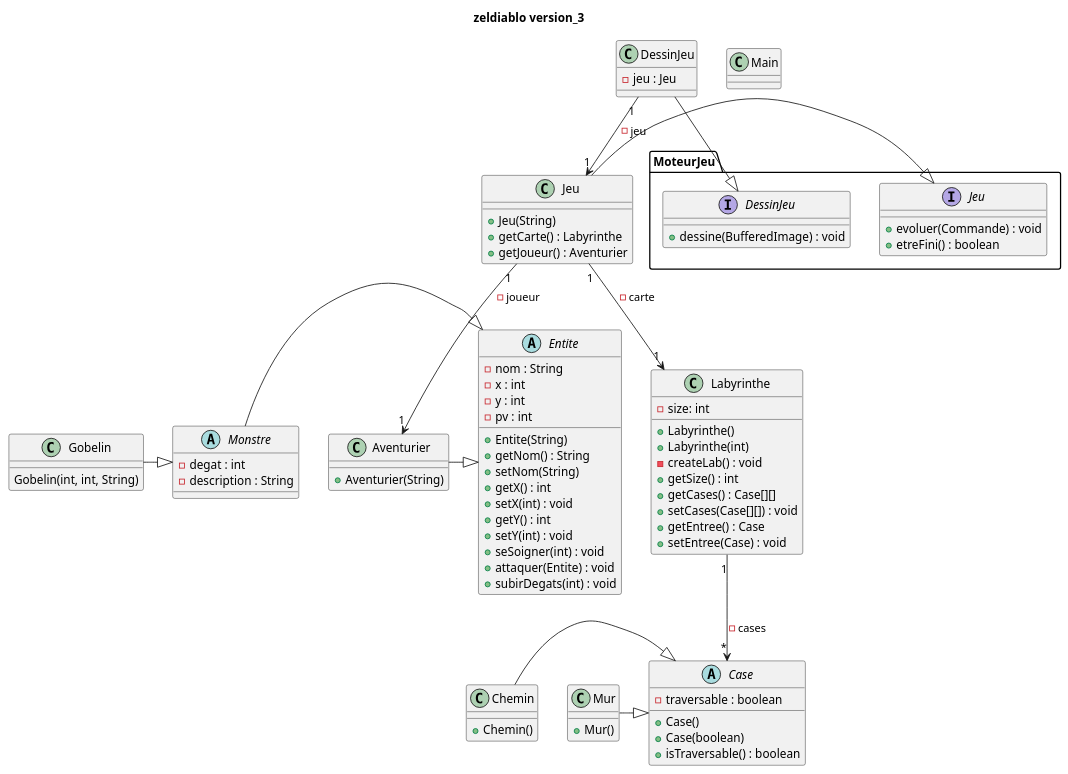
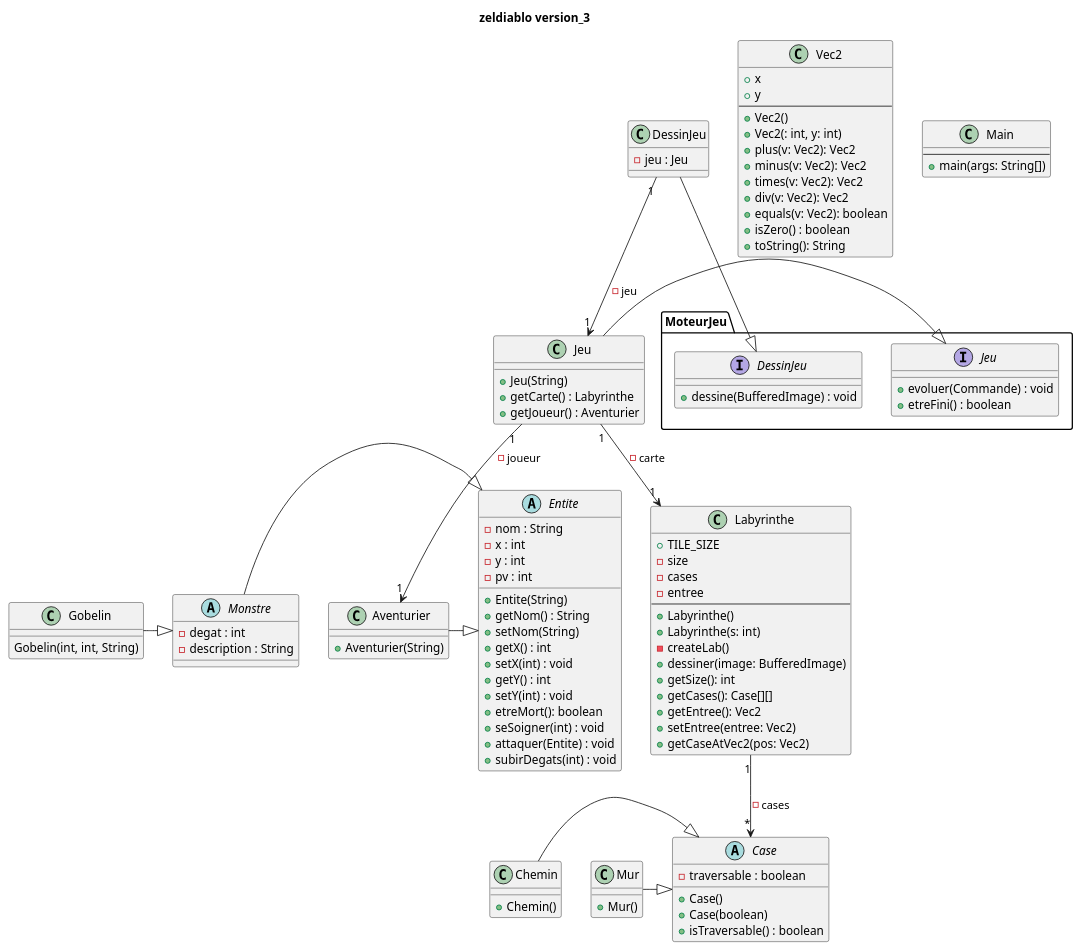
Before and after one commit to toxicbloud/Zeldiablo: the diagram in documents/version_3/diagramme_classe_version_3.puml, drawn with PlantUML. The commit also changed 2 other files, not shown here.

Commit message:
ajout de classes dans l'uml

```diff
--- a/documents/version_3/diagramme_classe_version_3.puml
+++ b/documents/version_3/diagramme_classe_version_3.puml
@@ -1,108 +1,128 @@
 @startuml
 title zeldiablo version_3
 
 class Jeu{
 
     + Jeu(String)
     + getCarte() : Labyrinthe
     + getJoueur() : Aventurier
 }
 
 abstract class Case{
     - traversable : boolean
     + Case()
     + Case(boolean)
     + isTraversable() : boolean
 }
 
 class Chemin{
 
     + Chemin()
 }
 
 class Mur{
 
     + Mur()
 }
 
-class Labyrinthe{
+class Labyrinthe {
+    + TILE_SIZE
+    - size
+    - cases
+    - entree
+    --
+    + Labyrinthe()
+    + Labyrinthe(s: int)
+    - createLab()
+    + dessiner(image: BufferedImage)
+    + getSize(): int
+    + getCases(): Case[][]
+    + getEntree(): Vec2
+    + setEntree(entree: Vec2)
+    + getCaseAtVec2(pos: Vec2)
+}
 
-    - size: int
-
-    + Labyrinthe()
-    + Labyrinthe(int)
-    - createLab() : void
-    + getSize() : int
-    + getCases() : Case[][]
-    + setCases(Case[][]) : void
-    + getEntree() : Case
-    + setEntree(Case) : void
+class Vec2 {
+    + x
+    + y
+    --
+    + Vec2()
+    + Vec2(: int, y: int)
+    + plus(v: Vec2): Vec2
+    + minus(v: Vec2): Vec2
+    + times(v: Vec2): Vec2
+    + div(v: Vec2): Vec2
+    + equals(v: Vec2): boolean
+    + isZero() : boolean
+    + toString(): String
 }
 
 
 
 abstract class Entite{
 
     - nom : String
     - x : int
     - y : int
     - pv : int
 
     + Entite(String)
     + getNom() : String
     + setNom(String)
     + getX() : int
     + setX(int) : void
     + getY() : int
     + setY(int) : void
+    + etreMort(): boolean
     + seSoigner(int) : void
     + attaquer(Entite) : void
     + subirDegats(int) : void
 
 }
 
 abstract Monstre{
     - degat : int
     - description : String
 
 }
 
 class Gobelin{
 
     Gobelin(int, int, String)
 }
 
 class Aventurier{
     + Aventurier(String)
 }
 
 class DessinJeu{
     - jeu : Jeu
 }
 
 class Main{
-
+    --
+    + main(args: String[])
 }
 
 interface MoteurJeu.DessinJeu{
     + dessine(BufferedImage) : void
 }
 
 interface MoteurJeu.Jeu{
     + evoluer(Commande) : void
     + etreFini() : boolean
 }
 
 
 Labyrinthe "1" --> "*" Case : - cases
 Chemin -|> Case
 Mur -|> Case
 Jeu -|> MoteurJeu.Jeu
 DessinJeu -|> MoteurJeu.DessinJeu
 Aventurier -|> Entite
 Monstre -|> Entite
 Gobelin -|> Monstre
 Jeu "1" --> "1" Labyrinthe : - carte
 Jeu "1" --> "1" Aventurier : - joueur
 DessinJeu "1" --> "1" Jeu : - jeu
 @enduml
```
